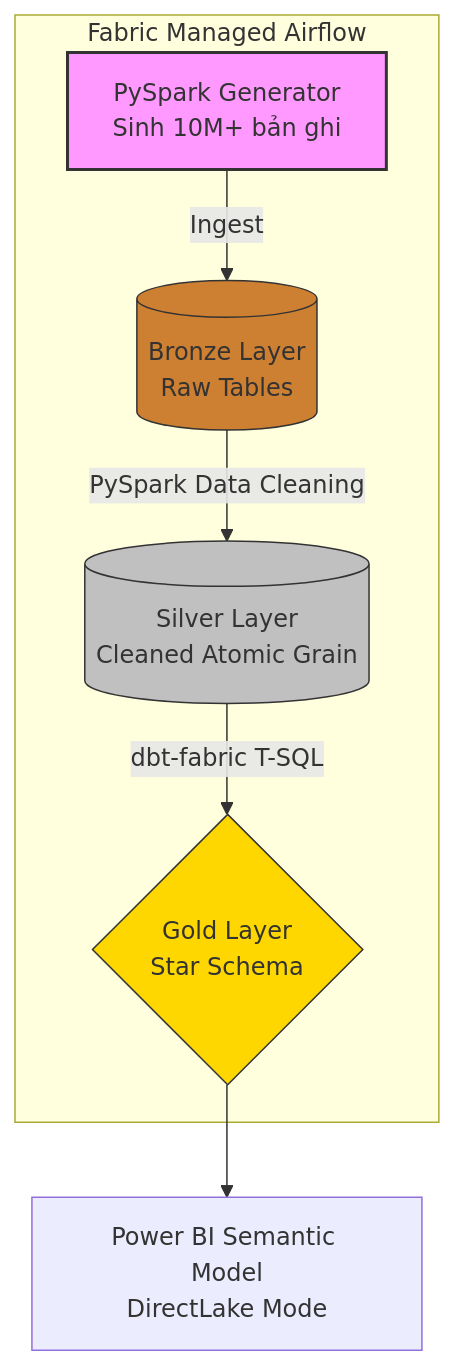
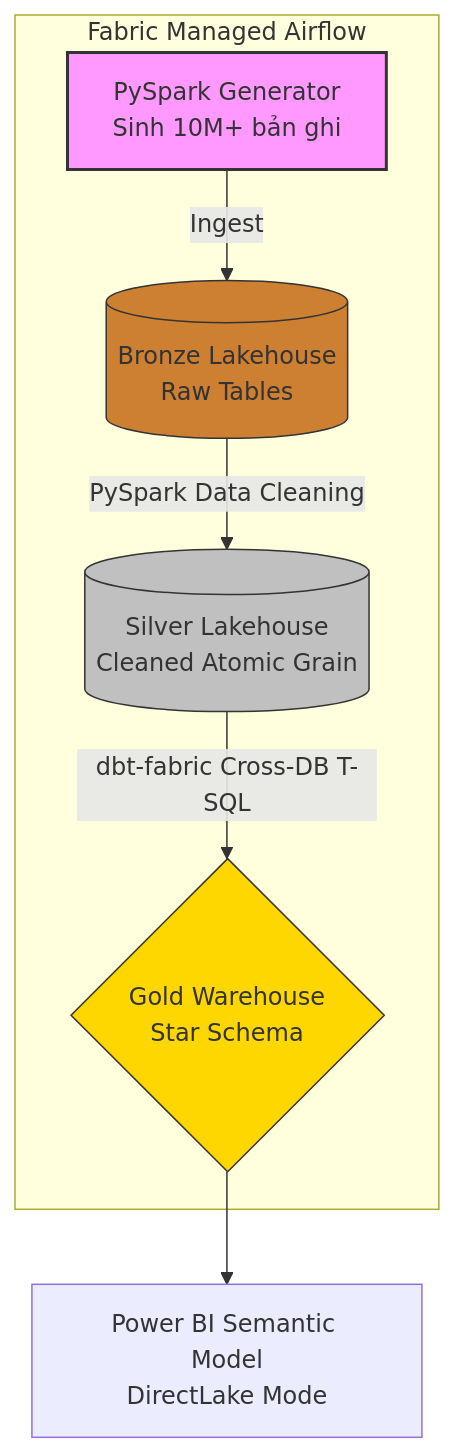
The diagram in README.md (TamBui1704/fabric_dbt_logistics_lakehouse), drawn with Mermaid before and after one commit. The commit also changed other lines of this file and 13 other files, not shown here.

````diff
--- a/README.md
+++ b/README.md
@@ -24,14 +27,14 @@
 ```mermaid
 graph TD
     subgraph Orchestration [Fabric Managed Airflow]
-        A[PySpark Generator<br/>Sinh 10M+ bản ghi] -->|Ingest| B[(Bronze Layer<br/>Raw Tables)]
-        B -->|PySpark Data Cleaning| C[(Silver Layer<br/>Cleaned Atomic Grain)]
-        C -->|dbt-fabric T-SQL| D{Gold Layer<br/>Star Schema}
+        A[PySpark Generator<br/>Sinh 10M+ bản ghi] -->|Ingest| B[(Bronze Lakehouse<br/>Raw Tables)]
+        B -->|PySpark Data Cleaning| C[(Silver Lakehouse<br/>Cleaned Atomic Grain)]
+        C -->|dbt-fabric Cross-DB T-SQL| D{Gold Warehouse<br/>Star Schema}
     end
     D --> E[Power BI Semantic Model<br/>DirectLake Mode]
     
     style A fill:#f9f,stroke:#333,stroke-width:2px
     style B fill:#cd7f32,stroke:#333
     style C fill:#c0c0c0,stroke:#333
     style D fill:#ffd700,stroke:#333
 ```
````
